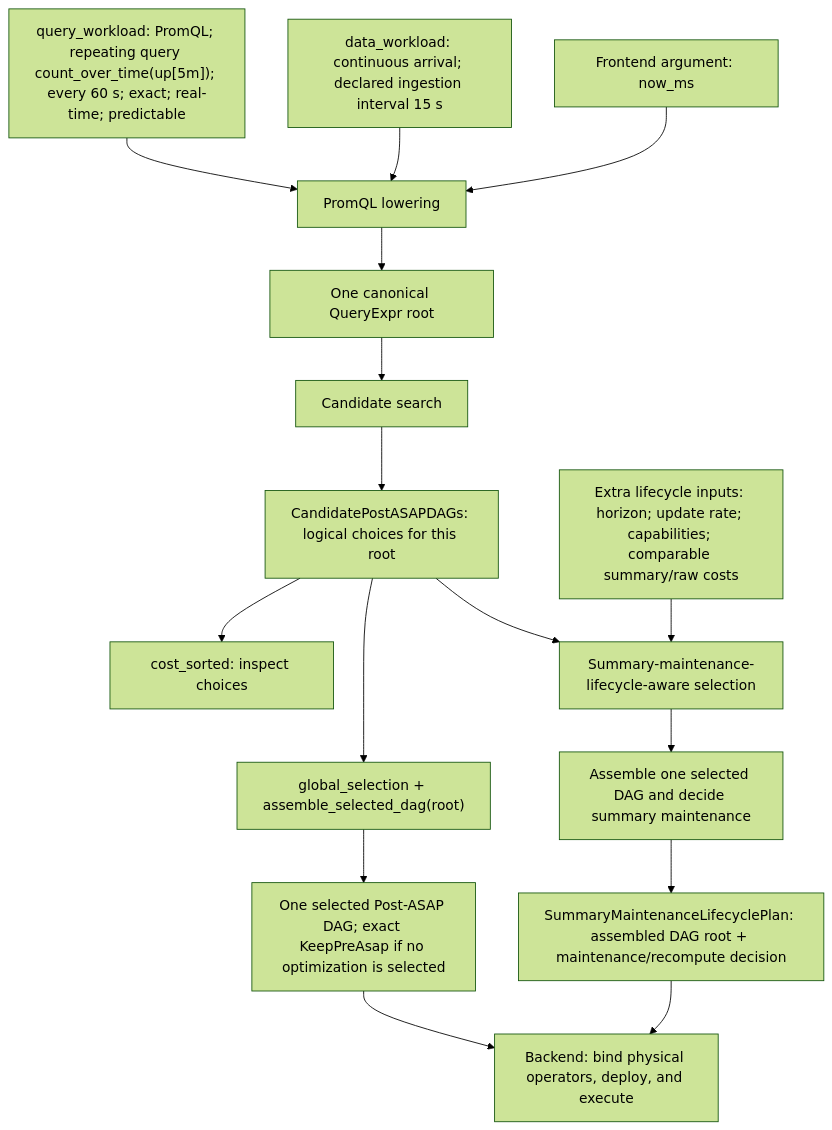
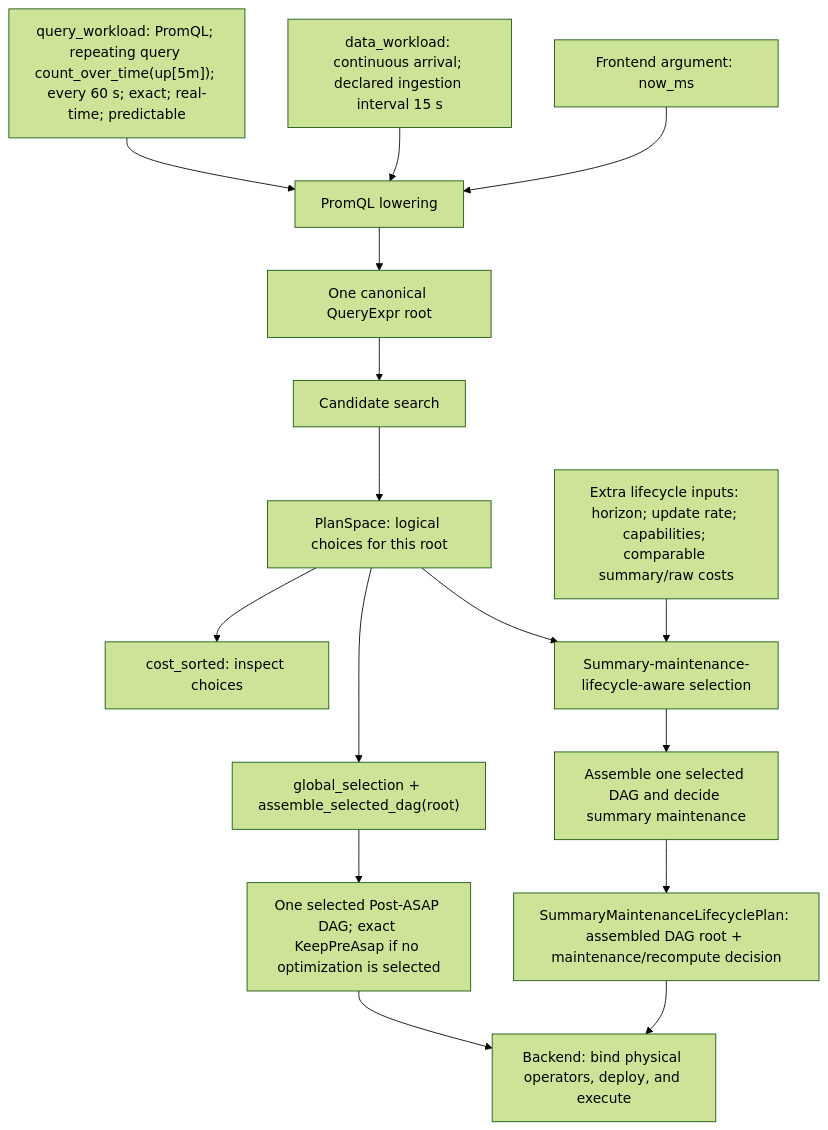
The first of 2 diagrams in docs/design_docs/architecture/input-output-workflow.md (ProjectASAP/ASAPPlanner), drawn with Mermaid (forest theme) before and after one commit. The commit also changed other lines of this file and 1 other file, not shown here.

First line of the commit message:
docs: define how PlanSpace, PlanOutput, and PostAsapDag relate

````diff
--- a/docs/design_docs/architecture/input-output-workflow.md
+++ b/docs/design_docs/architecture/input-output-workflow.md
@@ -63,26 +66,26 @@
 ```mermaid
 flowchart TD
     Q["query_workload: PromQL; repeating query count_over_time(up[5m]); every 60 s; exact; real-time; predictable"]
     D["data_workload: continuous arrival; declared ingestion interval 15 s"]
     T["Frontend argument: now_ms"]
     F["PromQL lowering"]
     R["One canonical QueryExpr root"]
     S["Candidate search"]
-    P["CandidatePostASAPDAGs: logical choices for this root"]
+    P["PlanSpace: logical choices for this root"]
     I["cost_sorted: inspect choices"]
     G["global_selection + assemble_selected_dag(root)"]
     L["One selected Post-ASAP DAG; exact KeepPreAsap if no optimization is selected"]
     X["Extra lifecycle inputs: horizon; update rate; capabilities; comparable summary/raw costs"]
     H["Summary-maintenance-lifecycle-aware selection"]
     HM["Assemble one selected DAG and decide summary maintenance"]
     O["SummaryMaintenanceLifecyclePlan: assembled DAG root + maintenance/recompute decision"]
     B["Backend: bind physical operators, deploy, and execute"]
     Q --> F
     D --> F
     T --> F
     F --> R --> S --> P
     P --> I
     P --> G --> L --> B
     P --> H
     X --> H --> HM --> O --> B
 ```
````
